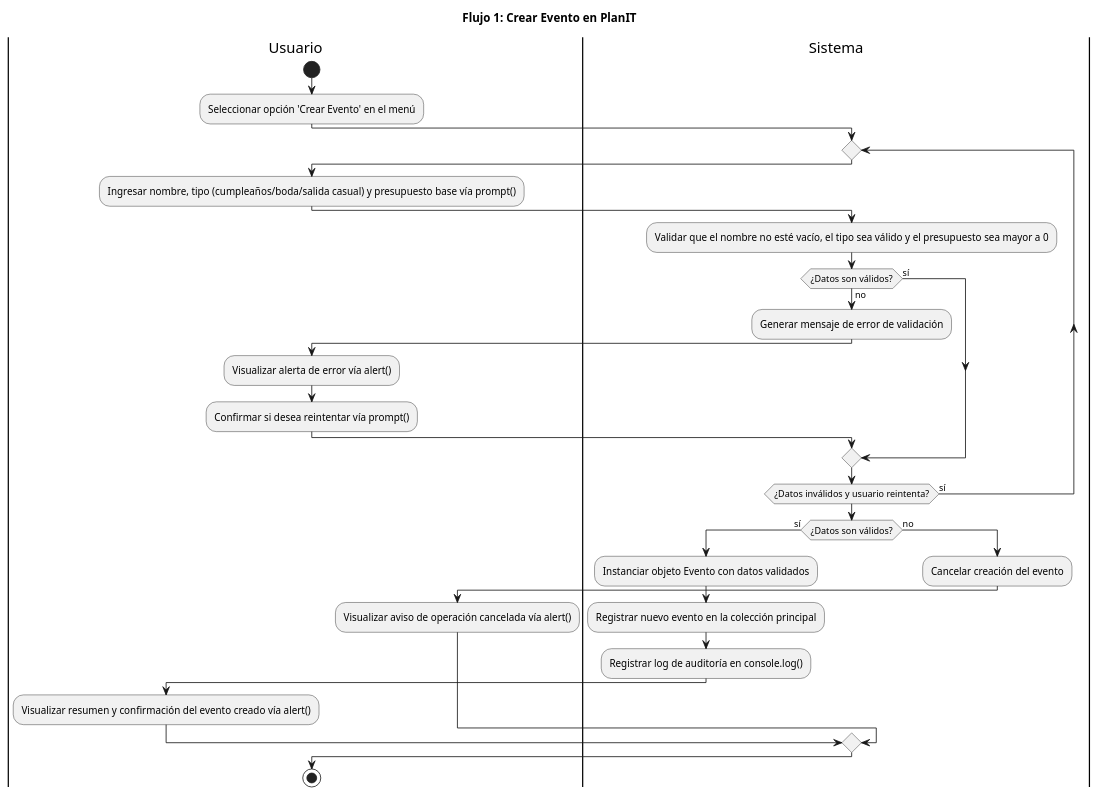
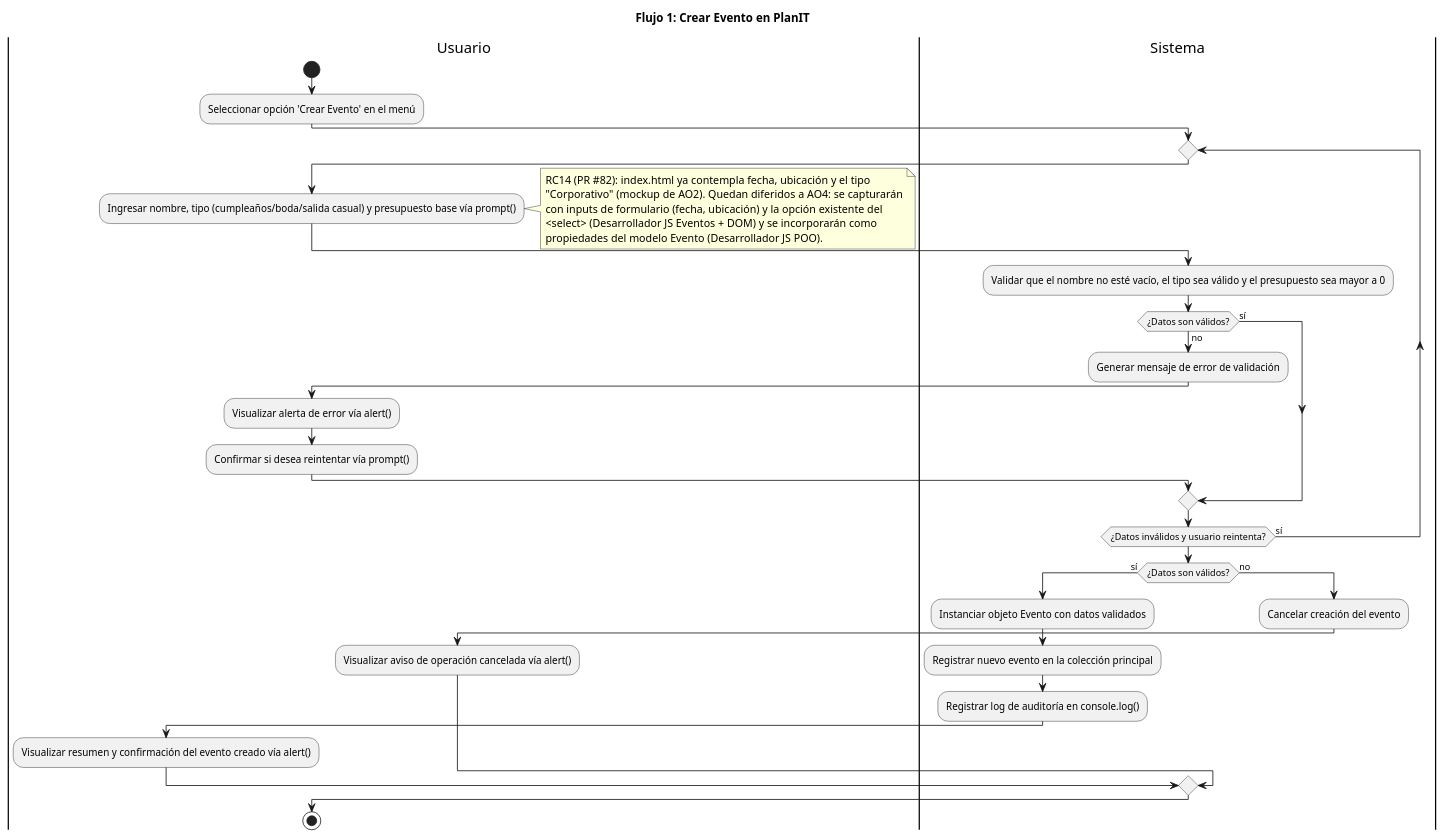
One commit to carolabenvenuto-uces/planit changed the diagram in docs/05-diagramas/01-diagrama-de-actividades/actividad-flujo-1-crear-evento.puml. Above: the diagram before and after it, drawn with PlantUML. The commit also changed 1 other file, not shown here.

Commit message:
fix(rc14): documentar diferimiento de fecha/ubicacion/tipo Corporativo a AO4

```diff
--- a/docs/05-diagramas/01-diagrama-de-actividades/actividad-flujo-1-crear-evento.puml
+++ b/docs/05-diagramas/01-diagrama-de-actividades/actividad-flujo-1-crear-evento.puml
@@ -1,45 +1,52 @@
 @startuml actividad-flujo-1-crear-evento
 title Flujo 1: Crear Evento en PlanIT
 
 |Usuario|
 start
 :Seleccionar opción 'Crear Evento' en el menú;
 
 |Sistema|
 repeat
   |Usuario|
   :Ingresar nombre, tipo (cumpleaños/boda/salida casual) y presupuesto base vía prompt();
-  
+  note right
+    RC14 (PR #82): index.html ya contempla fecha, ubicación y el tipo
+    "Corporativo" (mockup de AO2). Quedan diferidos a AO4: se capturarán
+    con inputs de formulario (fecha, ubicación) y la opción existente del
+    <select> (Desarrollador JS Eventos + DOM) y se incorporarán como
+    propiedades del modelo Evento (Desarrollador JS POO).
+  end note
+
   |Sistema|
   :Validar que el nombre no esté vacío, el tipo sea válido y el presupuesto sea mayor a 0;
   
   if (¿Datos son válidos?) then (no)
     :Generar mensaje de error de validación;
     
     |Usuario|
     :Visualizar alerta de error vía alert();
     :Confirmar si desea reintentar vía prompt();
   else (sí)
   endif
   
   |Sistema|
 repeat while (¿Datos inválidos y usuario reintenta?) is (sí)
 
 |Sistema|
 if (¿Datos son válidos?) then (sí)
   :Instanciar objeto Evento con datos validados;
   :Registrar nuevo evento en la colección principal;
   :Registrar log de auditoría en console.log();
   
   |Usuario|
   :Visualizar resumen y confirmación del evento creado vía alert();
 else (no)
   |Sistema|
   :Cancelar creación del evento;
   
   |Usuario|
   :Visualizar aviso de operación cancelada vía alert();
 endif
 
 stop
 @enduml
```
